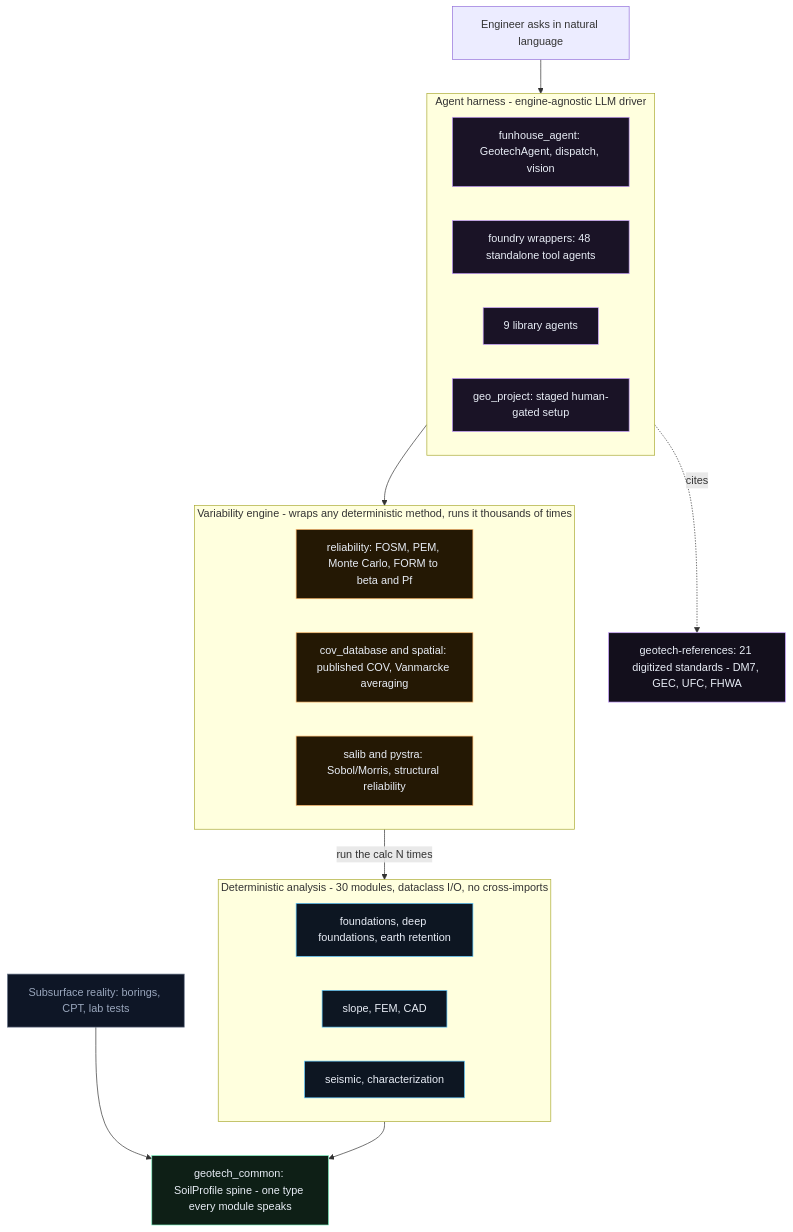
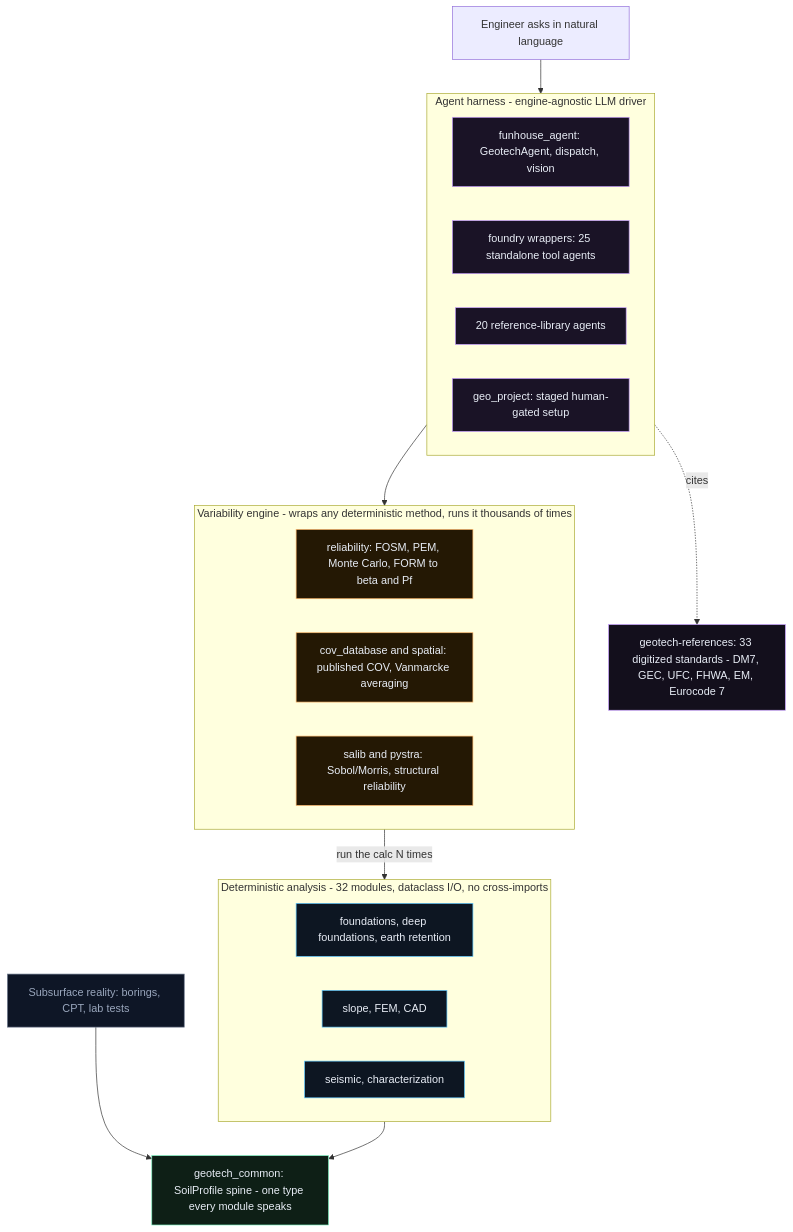
Before and after one commit to soconnell345-geotech/GeotechStaffEngineer: the diagram in README.md, drawn with Mermaid. The commit also changed other lines of this file and 15 other files, not shown here.

````diff
--- a/README.md
+++ b/README.md
@@ -54,47 +54,47 @@
 ```mermaid
 flowchart TB
     ENG["Engineer asks in natural language"]
 
     subgraph AGENT["Agent harness - engine-agnostic LLM driver"]
         FA["funhouse_agent: GeotechAgent, dispatch, vision"]
-        FD["foundry wrappers: 48 standalone tool agents"]
-        LIB["9 library agents"]
+        FD["foundry wrappers: 25 standalone tool agents"]
+        LIB["20 reference-library agents"]
         GP["geo_project: staged human-gated setup"]
     end
 
     subgraph VAR["Variability engine - wraps any deterministic method, runs it thousands of times"]
         REL["reliability: FOSM, PEM, Monte Carlo, FORM to beta and Pf"]
         COV["cov_database and spatial: published COV, Vanmarcke averaging"]
         SENS["salib and pystra: Sobol/Morris, structural reliability"]
     end
 
-    subgraph DET["Deterministic analysis - 30 modules, dataclass I/O, no cross-imports"]
+    subgraph DET["Deterministic analysis - 32 modules, dataclass I/O, no cross-imports"]
         F["foundations, deep foundations, earth retention"]
         S["slope, FEM, CAD"]
         SE["seismic, characterization"]
     end
 
     SPINE["geotech_common: SoilProfile spine - one type every module speaks"]
-    REF["geotech-references: 21 digitized standards - DM7, GEC, UFC, FHWA"]
+    REF["geotech-references: 33 digitized standards - DM7, GEC, UFC, FHWA, EM, Eurocode 7"]
     GROUND["Subsurface reality: borings, CPT, lab tests"]
 
     ENG --> AGENT
     AGENT --> VAR
     VAR -->|run the calc N times| DET
     DET --> SPINE
     AGENT -.->|cites| REF
     GROUND --> SPINE
 
     classDef agent fill:#1a1326,stroke:#c8a0ff,color:#e8edf6
     classDef var fill:#241804,stroke:#ffb86b,color:#e8edf6
     classDef det fill:#0d1622,stroke:#5cc8ff,color:#e8edf6
     classDef spine fill:#0e1f16,stroke:#7df0c0,color:#e8edf6
     classDef ref fill:#130f1c,stroke:#c8a0ff,color:#e8edf6
     classDef ground fill:#0e1626,stroke:#6b778c,color:#9aa7bd
     class FA,FD,LIB,GP agent
     class REL,COV,SENS var
     class F,S,SE det
     class SPINE spine
     class REF ref
     class GROUND ground
 ```
````
